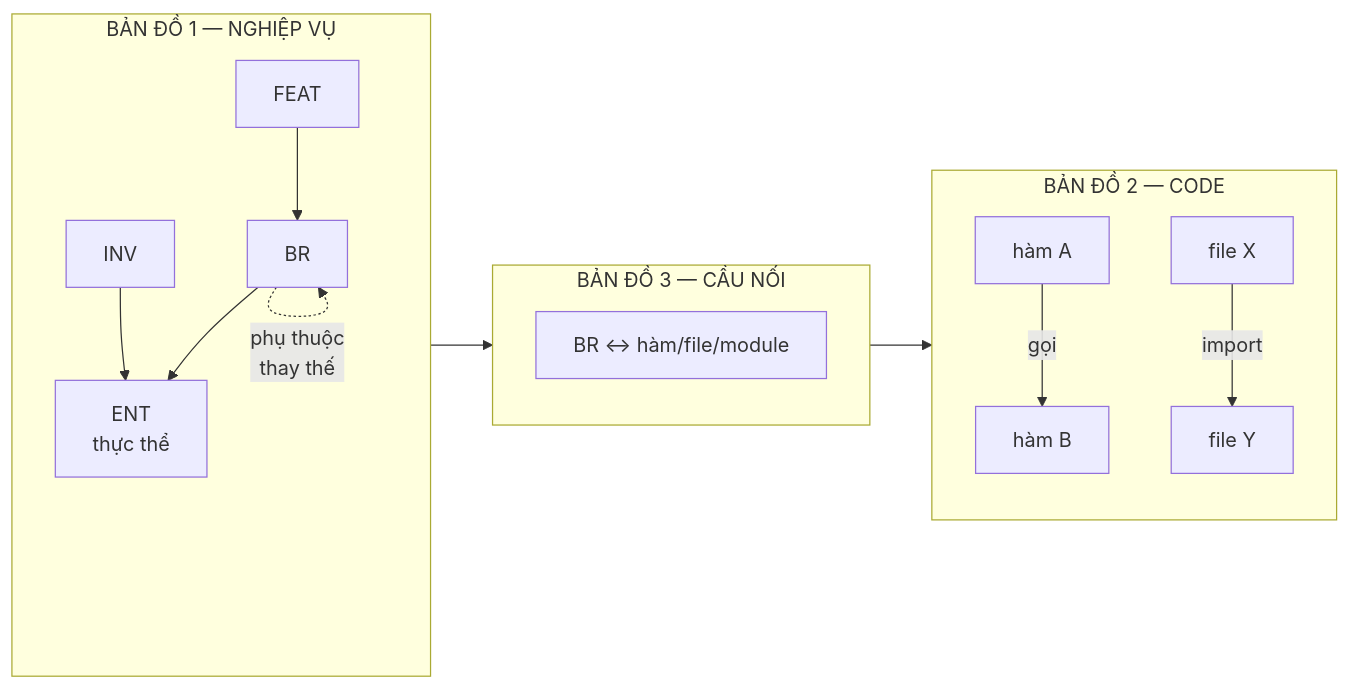
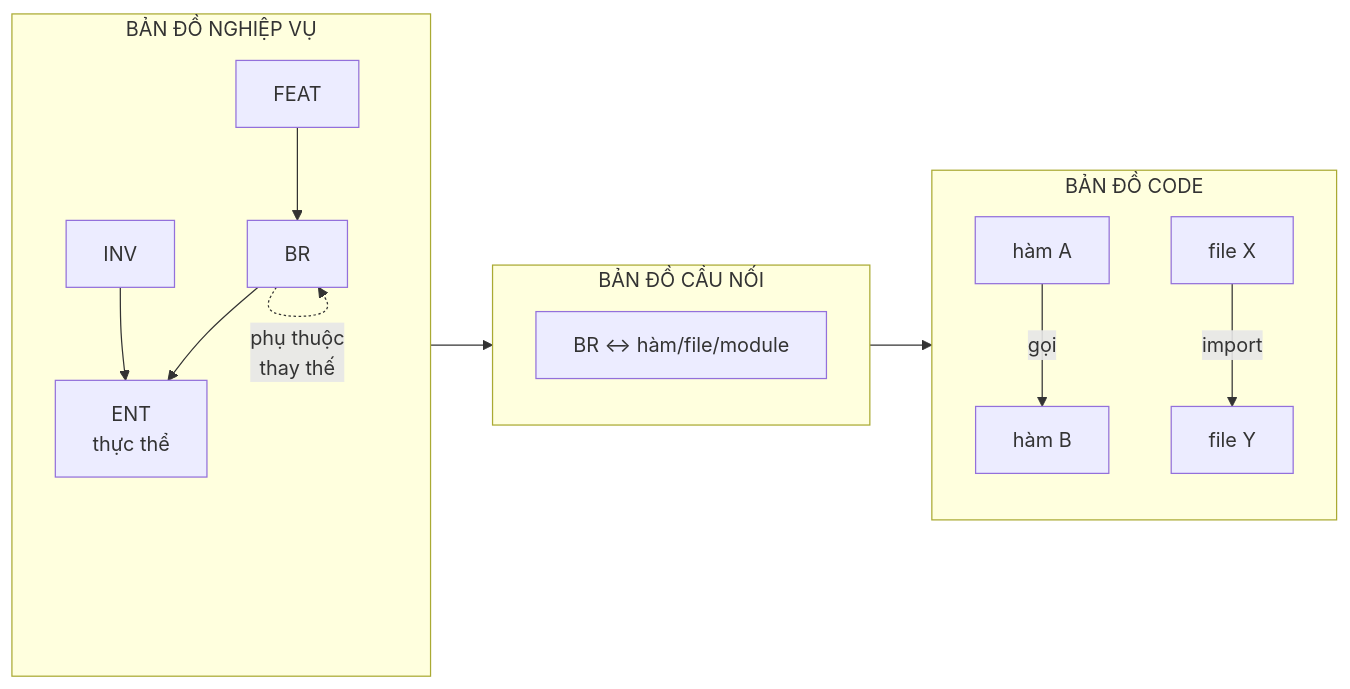
One commit to Kynderis/kendrick-ai-tools changed the first of 7 diagrams in design/KIDEA_SPEC.md. Above: the diagram before and after it, drawn with Mermaid. The commit also changed other lines of this file and 2 other files, not shown here.

````diff
--- a/design/KIDEA_SPEC.md
+++ b/design/KIDEA_SPEC.md
@@ -225,21 +225,21 @@
 ```mermaid
 flowchart LR
-    subgraph M1["BẢN ĐỒ 1 — NGHIỆP VỤ"]
+    subgraph M1["BẢN ĐỒ NGHIỆP VỤ"]
     A1["FEAT"] --> A2["BR"]
     A2 --> A3["ENT<br/>thực thể"]
     A2 -.->|"phụ thuộc<br/>thay thế"| A2
     A4["INV"] --> A3
     end
 
-    subgraph M3["BẢN ĐỒ 3 — CẦU NỐI"]
+    subgraph M3["BẢN ĐỒ CẦU NỐI"]
     B1["BR ↔ hàm/file/module"]
     end
 
-    subgraph M2["BẢN ĐỒ 2 — CODE"]
+    subgraph M2["BẢN ĐỒ CODE"]
     C1["hàm A"] -->|"gọi"| C2["hàm B"]
     C3["file X"] -->|"import"| C4["file Y"]
     end
 
     M1 --> M3
     M3 --> M2
 ```
````
